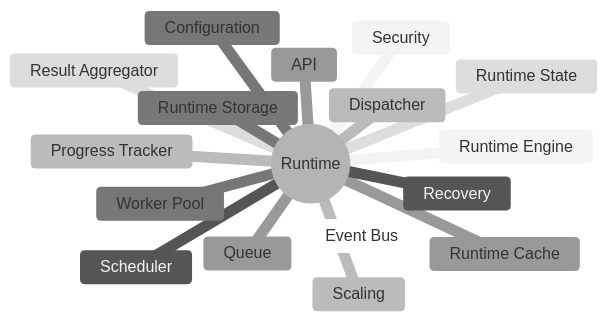
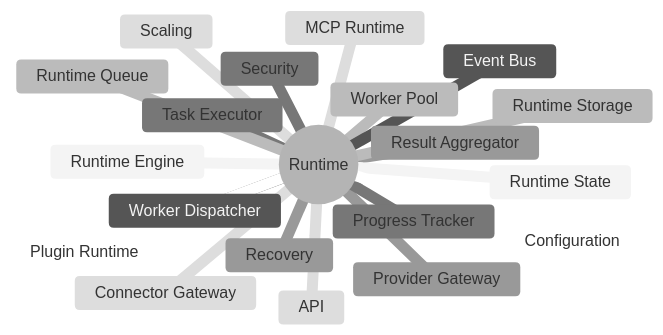
The second of 4 diagrams in docs/runtime/README.md (Buicongbang04/Social_OS), drawn with Mermaid (neutral theme) before and after one commit. The commit also changed other lines of this file and 55 other files, not shown here.

````diff
--- a/docs/runtime/README.md
+++ b/docs/runtime/README.md
@@ -175,20 +181,23 @@
 ```mermaid
 mindmap
   root((Runtime))
     Runtime Engine
-    Scheduler
-    Dispatcher
+    Worker Dispatcher
     Worker Pool
-    Queue
+    Task Executor
+    Provider Gateway
+    Connector Gateway
+    Plugin Runtime
+    MCP Runtime
+    Runtime Queue
+    Result Aggregator
+    Progress Tracker
     Runtime State
     Event Bus
-    Result Aggregator
-    Progress Tracker
-    Runtime Cache
     Runtime Storage
     Security
     Recovery
     Scaling
     Configuration
     API
 ```
````
